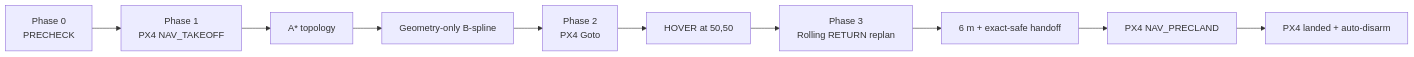
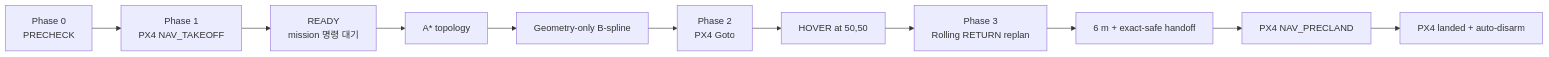
The diagram in README.md (SeyeongW/PX4-ROS2), drawn with Mermaid before and after one commit. The commit also changed other lines of this file and 16 other files, not shown here.

```diff
--- a/README.md
+++ b/README.md
@@ -142,12 +194,13 @@
 ~~~mermaid
 flowchart LR
     A[Phase 0<br/>PRECHECK] --> B[Phase 1<br/>PX4 NAV_TAKEOFF]
-    B --> C[A* topology]
+    B --> R[READY<br/>mission 명령 대기]
+    R --> C[A* topology]
     C --> D[Geometry-only B-spline]
     D --> E[Phase 2<br/>PX4 Goto]
     E --> F[HOVER at 50,50]
     F --> G[Phase 3<br/>Rolling RETURN replan]
     G --> H[6 m + exact-safe handoff]
     H --> I[PX4 NAV_PRECLAND]
     I --> J[PX4 landed + auto-disarm]
 ~~~
```
